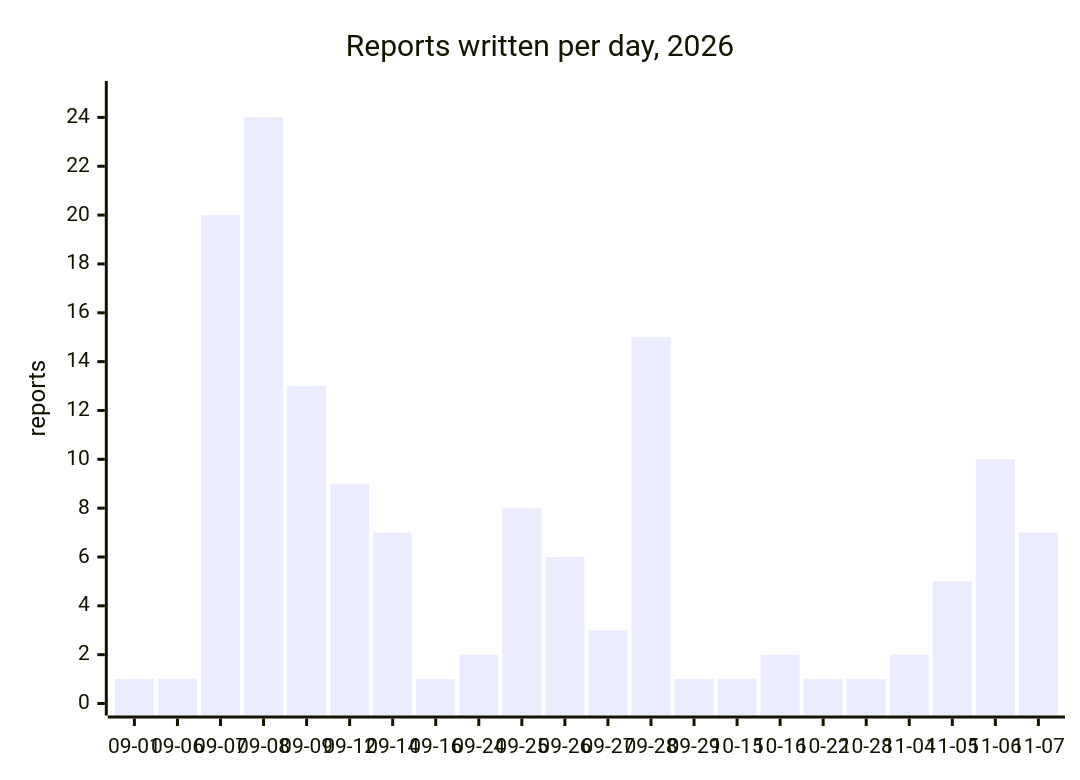
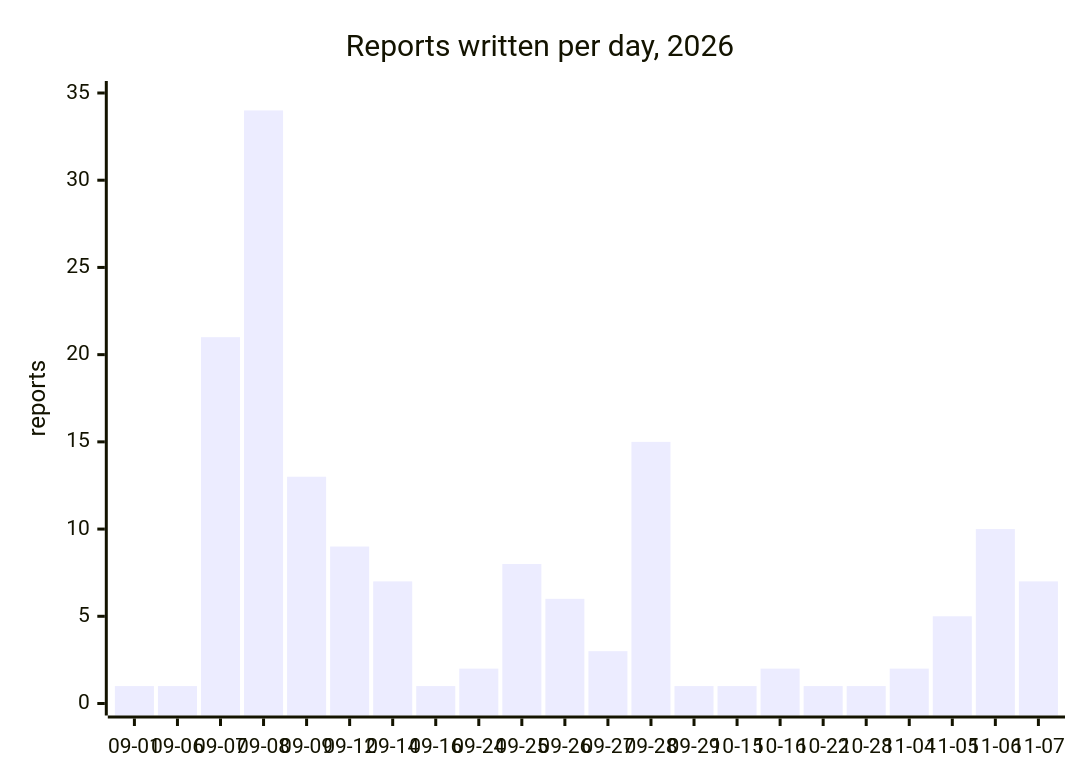
Before and after one commit to cluster2600/porscheparts: the diagram in docs/reports/README.md, drawn with Mermaid. The commit also changed other lines of this file and 55 other files, not shown here.

First line of the commit message:
Rename the French-named M64 reports and 964/993 diagrams to English (#430, phase 5 final) (#724)

````diff
--- a/docs/reports/README.md
+++ b/docs/reports/README.md
@@ -7,7 +7,7 @@
 ```mermaid
 xychart-beta
     title "Reports written per day, 2026"
     x-axis ["09-01", "09-06", "09-07", "09-08", "09-09", "09-12", "09-14", "09-16", "09-24", "09-25", "09-26", "09-27", "09-28", "09-29", "10-15", "10-16", "10-22", "10-28", "11-04", "11-05", "11-06", "11-07"]
-    y-axis "reports" 0 --> 25
-    bar [1, 1, 20, 24, 13, 9, 7, 1, 2, 8, 6, 3, 15, 1, 1, 2, 1, 1, 2, 5, 10, 7]
+    y-axis "reports" 0 --> 35
+    bar [1, 1, 21, 34, 13, 9, 7, 1, 2, 8, 6, 3, 15, 1, 1, 2, 1, 1, 2, 5, 10, 7]
 ```
````
